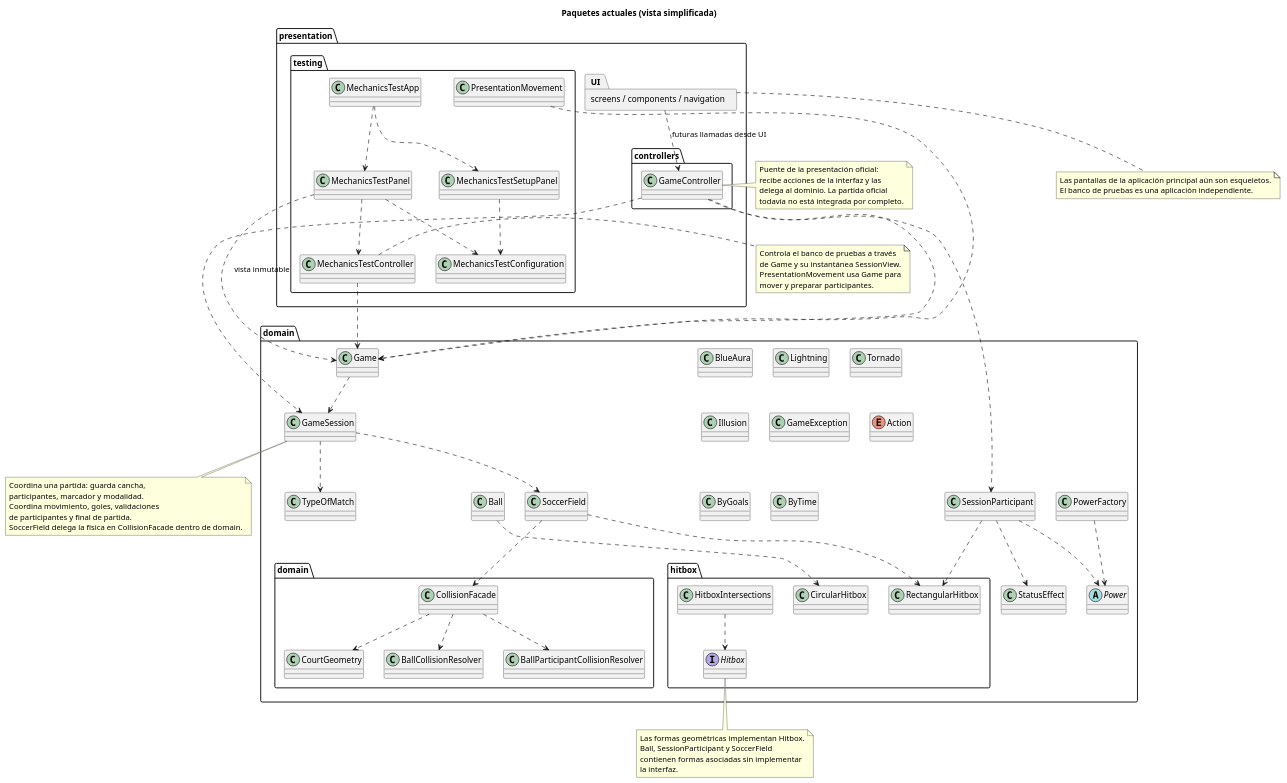
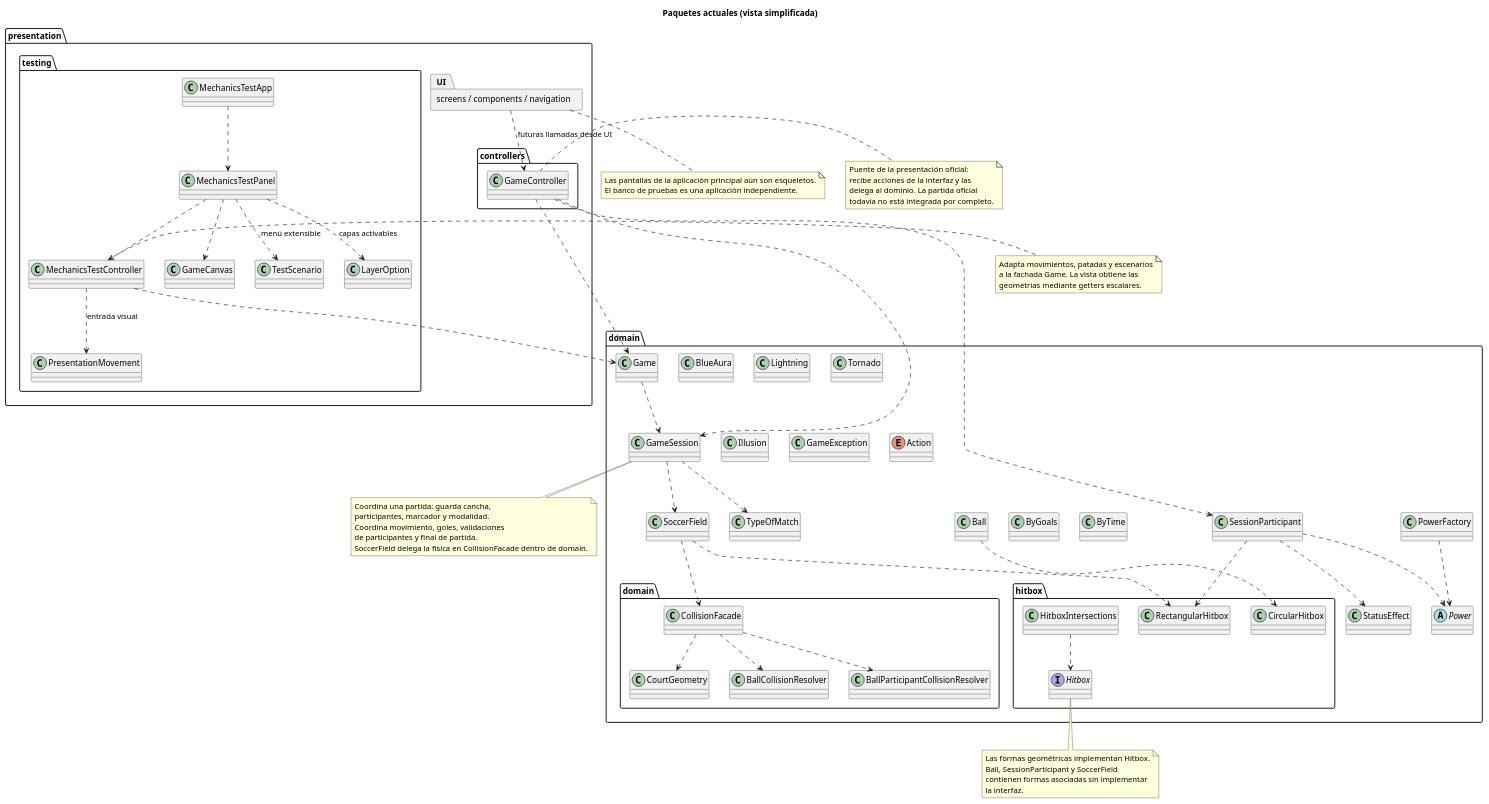
The diagram in docs/uml/package-diagram.puml (PaglkG/ProyectoFinal-Dopo), drawn with PlantUML before and after one commit. The commit also changed 50 other files, not shown here.

Commit message:
estrructura general, diagrama de clases de coliciones

```diff
--- a/docs/uml/package-diagram.puml
+++ b/docs/uml/package-diagram.puml
@@ -1,104 +1,103 @@
 @startuml
 allowmixing
 title Paquetes actuales (vista simplificada)
 package "presentation" {
   package "controllers" {
     class GameController
   }
   package "testing" {
     class MechanicsTestApp
-    class MechanicsTestSetupPanel
-    class MechanicsTestConfiguration
     class MechanicsTestPanel
     class MechanicsTestController
     class PresentationMovement
+    class GameCanvas
+    class TestScenario
+    class LayerOption
   }
   package "screens / components / navigation" as UI
 }
 package "domain" {
   class Game
   class GameSession
   class SessionParticipant
   class Ball
   class TypeOfMatch
   package "hitbox" {
     interface Hitbox
     class CircularHitbox
     class RectangularHitbox
     class HitboxIntersections
   }
   class StatusEffect
   abstract class Power
   class BlueAura
   class Lightning
   class Tornado
   class Illusion
   class PowerFactory
   class GameException
   enum Action
   class ByGoals
   class ByTime
   class SoccerField
   package "domain" {
     class CollisionFacade
     class CourtGeometry
     class BallCollisionResolver
     class BallParticipantCollisionResolver
   }
 }
 GameController ..> Game
 GameController ..> GameSession
 GameController ..> SessionParticipant
 Game ..> GameSession
 GameSession ..> TypeOfMatch
 GameSession ..> SoccerField
 SoccerField ..> CollisionFacade
 CollisionFacade ..> CourtGeometry
 CollisionFacade ..> BallCollisionResolver
 CollisionFacade ..> BallParticipantCollisionResolver
 Ball ..> CircularHitbox
 SessionParticipant ..> RectangularHitbox
 SoccerField ..> RectangularHitbox
 HitboxIntersections ..> Hitbox
 SessionParticipant ..> StatusEffect
 SessionParticipant ..> Power
 PowerFactory ..> Power
 UI ..> GameController : futuras llamadas desde UI
 MechanicsTestPanel ..> MechanicsTestController
-MechanicsTestSetupPanel ..> MechanicsTestConfiguration
-MechanicsTestApp ..> MechanicsTestSetupPanel
 MechanicsTestApp ..> MechanicsTestPanel
-MechanicsTestPanel ..> MechanicsTestConfiguration
-MechanicsTestPanel ..> Game : vista inmutable
+MechanicsTestPanel ..> GameCanvas
+MechanicsTestPanel ..> TestScenario : menú extensible
+MechanicsTestPanel ..> LayerOption : capas activables
 MechanicsTestController ..> Game
-PresentationMovement ..> Game
+MechanicsTestController ..> PresentationMovement : entrada visual
 note bottom of UI
   Las pantallas de la aplicación principal aún son esqueletos.
   El banco de pruebas es una aplicación independiente.
 end note
 note right of GameController
   Puente de la presentación oficial:
   recibe acciones de la interfaz y las
   delega al dominio. La partida oficial
   todavía no está integrada por completo.
 end note
 note bottom of GameSession
   Coordina una partida: guarda cancha,
   participantes, marcador y modalidad.
   Coordina movimiento, goles, validaciones
   de participantes y final de partida.
   SoccerField delega la física en CollisionFacade dentro de domain.
 end note
 note bottom of Hitbox
   Las formas geométricas implementan Hitbox.
   Ball, SessionParticipant y SoccerField
   contienen formas asociadas sin implementar
   la interfaz.
 end note
 note right of MechanicsTestController
-  Controla el banco de pruebas a través
-  de Game y su instantánea SessionView.
-  PresentationMovement usa Game para
-  mover y preparar participantes.
+  Adapta movimientos, patadas y escenarios
+  a la fachada Game. La vista obtiene las
+  geometrías mediante getters escalares.
 end note
 @enduml
```
